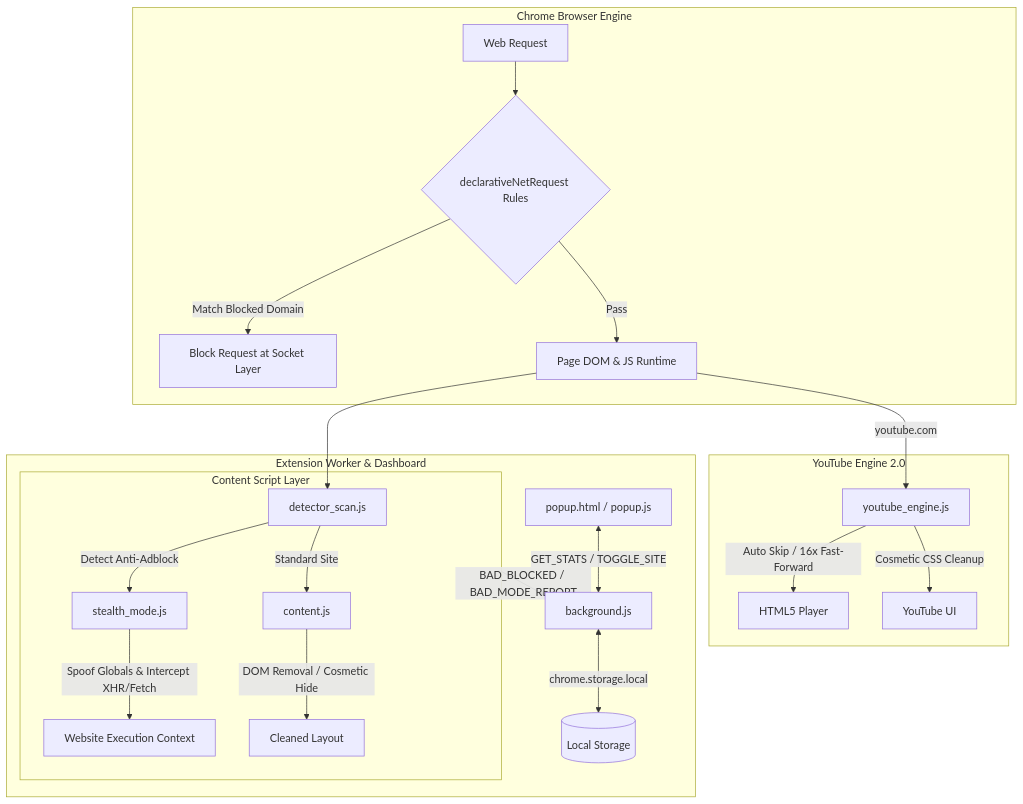
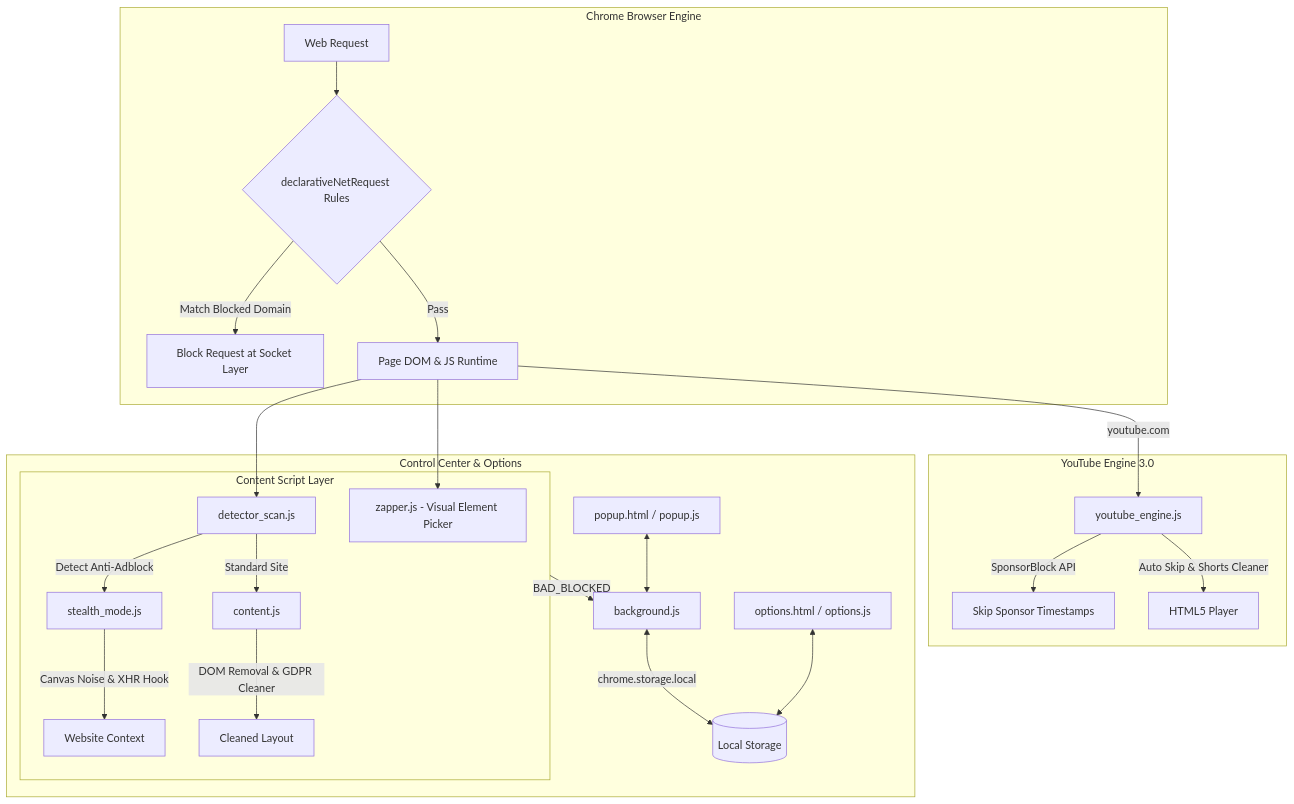
Before and after one commit to assishmoncs/b-AD: the diagram in README.md, drawn with Mermaid. The commit also changed other lines of this file and 12 other files, not shown here.

````diff
--- a/README.md
+++ b/README.md
@@ -26,29 +27,31 @@
 ```mermaid
 flowchart TD
     subgraph Browser ["Chrome Browser Engine"]
         Req[Web Request] --> DNR{declarativeNetRequest Rules}
         DNR -->|Match Blocked Domain| Drop[Block Request at Socket Layer]
         DNR -->|Pass| DOM[Page DOM & JS Runtime]
     end
 
     subgraph ContentScripts ["Content Script Layer"]
         DOM --> Scan[detector_scan.js]
+        DOM --> Zapper[zapper.js - Visual Element Picker]
         Scan -->|Detect Anti-Adblock| Stealth[stealth_mode.js]
         Scan -->|Standard Site| Normal[content.js]
 
-        Stealth -->|Spoof Globals & Intercept XHR/Fetch| PageRuntime[Website Execution Context]
-        Normal -->|DOM Removal / Cosmetic Hide| PageDOM[Cleaned Layout]
+        Stealth -->|Canvas Noise & XHR Hook| PageRuntime[Website Context]
+        Normal -->|DOM Removal & GDPR Cleaner| PageDOM[Cleaned Layout]
     end
 
-    subgraph YouTubeEngine ["YouTube Engine 2.0"]
+    subgraph YouTubeEngine ["YouTube Engine 3.0"]
         DOM -->|youtube.com| YTEngine[youtube_engine.js]
-        YTEngine -->|Auto Skip / 16x Fast-Forward| YTPlayer[HTML5 Player]
-        YTEngine -->|Cosmetic CSS Cleanup| YTLayout[YouTube UI]
+        YTEngine -->|SponsorBlock API| SponsorSegments[Skip Sponsor Timestamps]
+        YTEngine -->|Auto Skip & Shorts Cleaner| YTPlayer[HTML5 Player]
     end
 
-    subgraph Management ["Extension Worker & Dashboard"]
-        ContentScripts -->|BAD_BLOCKED / BAD_MODE_REPORT| ServiceWorker[background.js]
+    subgraph Dashboard ["Control Center & Options"]
+        ContentScripts -->|BAD_BLOCKED| ServiceWorker[background.js]
         ServiceWorker <-->|chrome.storage.local| Storage[(Local Storage)]
-        Dashboard[popup.html / popup.js] <-->|GET_STATS / TOGGLE_SITE| ServiceWorker
+        Popup[popup.html / popup.js] <--> ServiceWorker
+        Options[options.html / options.js] <--> Storage
     end
 ```
````
